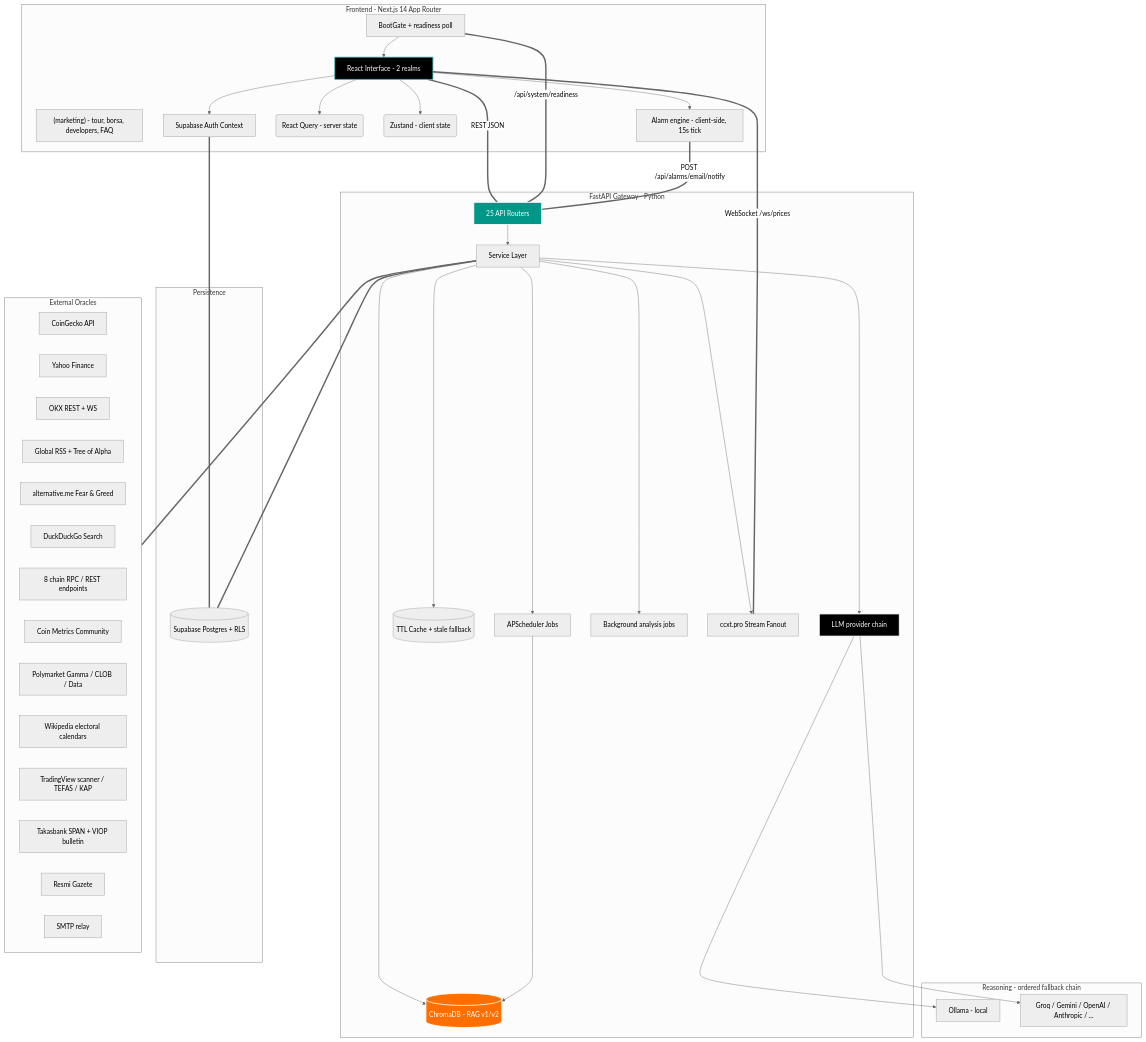
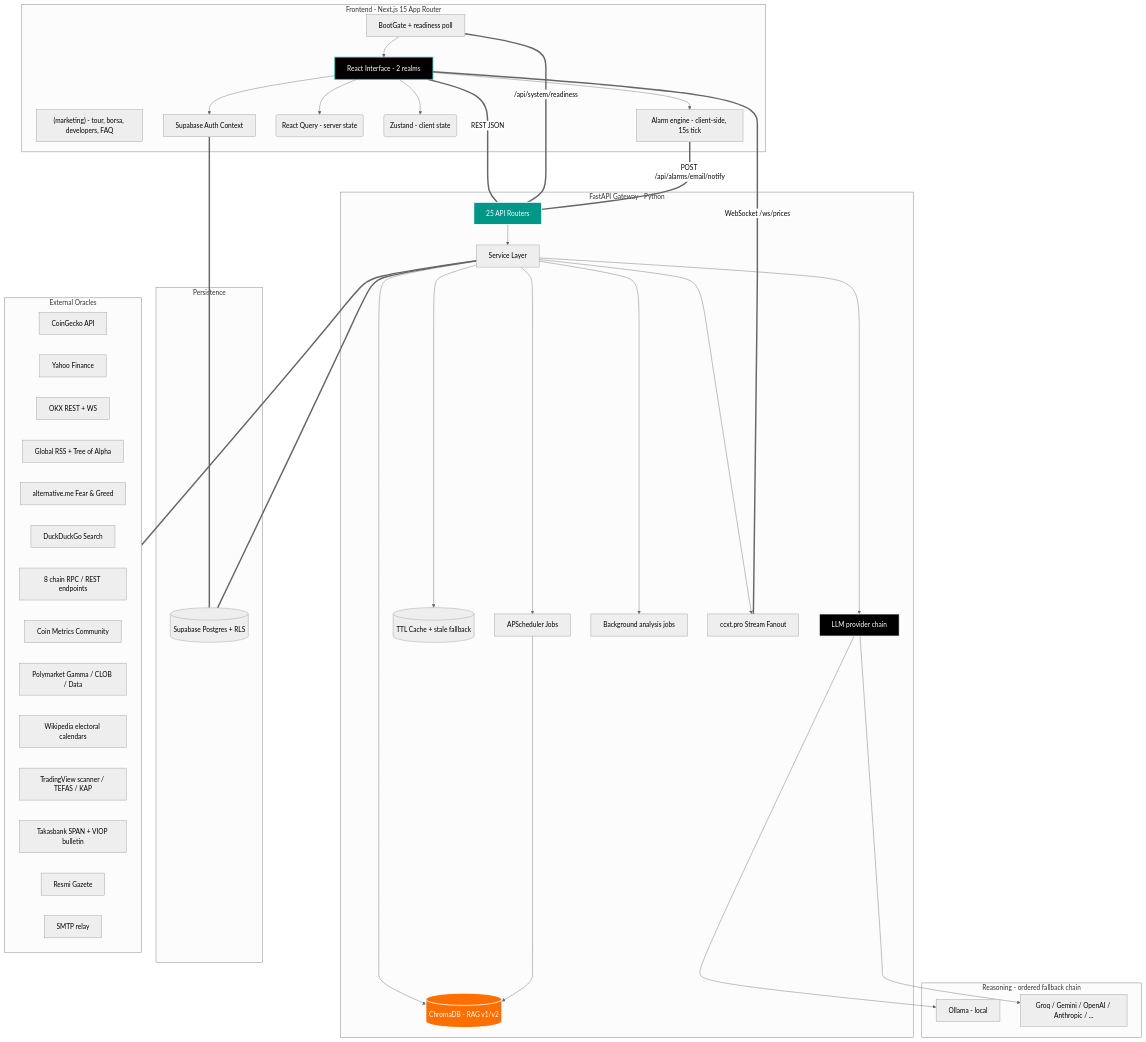
Before and after one commit to Yigtwxx/OracleX: the diagram in README.md, drawn with Mermaid (neutral theme). The commit also changed other lines of this file and 3 other files, not shown here.

Commit message:
chore: upgrade to Next.js 15 and document architectural constraints, error handling, and business logic patterns in CLAUDE.md and README.md.

````diff
--- a/README.md
+++ b/README.md
@@ -670,63 +706,63 @@
 ```mermaid
 graph TD;
-    subgraph Client [Frontend - Next.js 14 App Router]
+    subgraph Client [Frontend - Next.js 15 App Router]
     Landing["(marketing) - tour, borsa, developers, FAQ"]
     Gate[BootGate + readiness poll] --> UI[React Interface - 2 realms]
     UI --> Alarms[Alarm engine - client-side, 15s tick]
     UI --> RQ(React Query - server state)
     UI --> Zustand(Zustand - client state)
     UI --> Auth[Supabase Auth Context]
     end
 
     subgraph API [FastAPI Gateway - Python]
     Router[25 API Routers] --> Manager[Service Layer]
     Manager --> LLM[LLM provider chain]
     Manager --> RAG[(ChromaDB - RAG v1/v2)]
     Manager --> Cache[(TTL Cache + stale fallback)]
     Manager --> Sched[APScheduler Jobs]
     Manager --> Jobs[Background analysis jobs]
     Manager --> WSS[ccxt.pro Stream Fanout]
     end
 
     subgraph Brain [Reasoning - ordered fallback chain]
     OL[Ollama - local]
     CLOUD[Groq / Gemini / OpenAI / Anthropic / ...]
     end
 
     subgraph Data [Persistence]
     SB[(Supabase Postgres + RLS)]
     end
 
     subgraph External [External Oracles]
     CG[CoinGecko API]
     YF[Yahoo Finance]
     OKX[OKX REST + WS]
     RSS[Global RSS + Tree of Alpha]
     FG[alternative.me Fear & Greed]
     DDG[DuckDuckGo Search]
     RPC[8 chain RPC / REST endpoints]
     CM[Coin Metrics Community]
     PM[Polymarket Gamma / CLOB / Data]
     WIKI[Wikipedia electoral calendars]
     TR[TradingView scanner / TEFAS / KAP]
     TB[Takasbank SPAN + VIOP bulletin]
     RG[Resmi Gazete]
     SMTP[SMTP relay]
     end
 
     UI ===|REST JSON| Router
     Gate ===|/api/system/readiness| Router
     UI ===|WebSocket /ws/prices| WSS
     Alarms ===|POST /api/alarms/email/notify| Router
     Auth === SB
     Manager === SB
     Manager === External
     LLM --> OL
     LLM --> CLOUD
     Sched --> RAG
 
     style UI fill:#000000,stroke:#38B2AC,stroke-width:2px,color:#fff
     style Router fill:#009688,stroke:#fff,stroke-width:2px,color:#fff
     style LLM fill:#000000,stroke:#fff,stroke-width:2px,color:#fff
     style RAG fill:#FF6F00,stroke:#fff,stroke-width:2px,color:#fff
 ```
````
